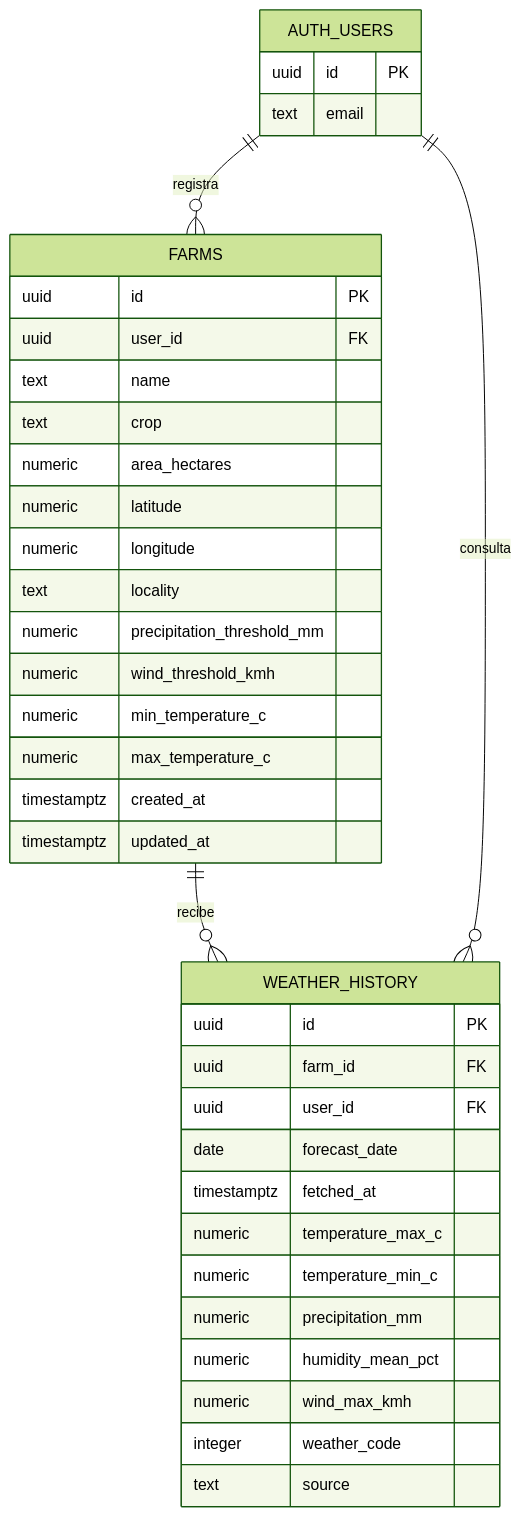
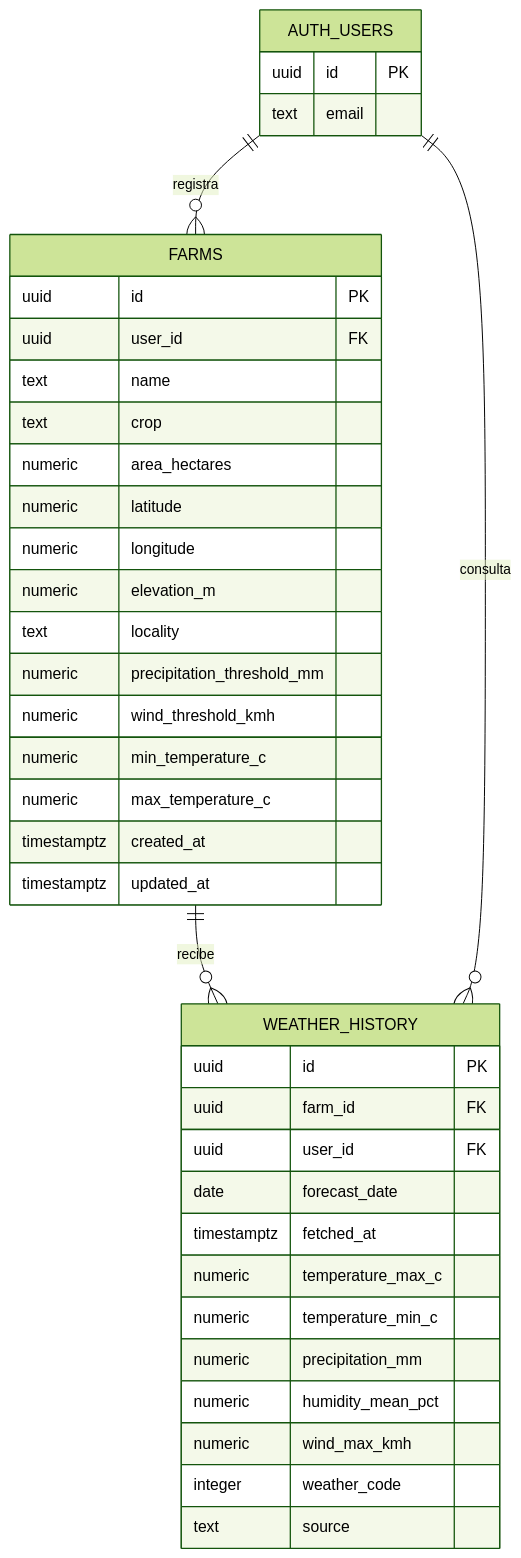
Before and after one commit to amadorjara-alt/AgroClima: the diagram in docs/MODELO_DE_DATOS.md, drawn with Mermaid (forest theme). The commit also changed other lines of this file and 8 other files, not shown here.

````diff
--- a/docs/MODELO_DE_DATOS.md
+++ b/docs/MODELO_DE_DATOS.md
@@ -5,41 +5,42 @@
 ```mermaid
 erDiagram
   AUTH_USERS ||--o{ FARMS : registra
   FARMS ||--o{ WEATHER_HISTORY : recibe
   AUTH_USERS ||--o{ WEATHER_HISTORY : consulta
 
   AUTH_USERS {
     uuid id PK
     text email
   }
   FARMS {
     uuid id PK
     uuid user_id FK
     text name
     text crop
     numeric area_hectares
     numeric latitude
     numeric longitude
+    numeric elevation_m
     text locality
     numeric precipitation_threshold_mm
     numeric wind_threshold_kmh
     numeric min_temperature_c
     numeric max_temperature_c
     timestamptz created_at
     timestamptz updated_at
   }
   WEATHER_HISTORY {
     uuid id PK
     uuid farm_id FK
     uuid user_id FK
     date forecast_date
     timestamptz fetched_at
     numeric temperature_max_c
     numeric temperature_min_c
     numeric precipitation_mm
     numeric humidity_mean_pct
     numeric wind_max_kmh
     integer weather_code
     text source
   }
 ```
````
